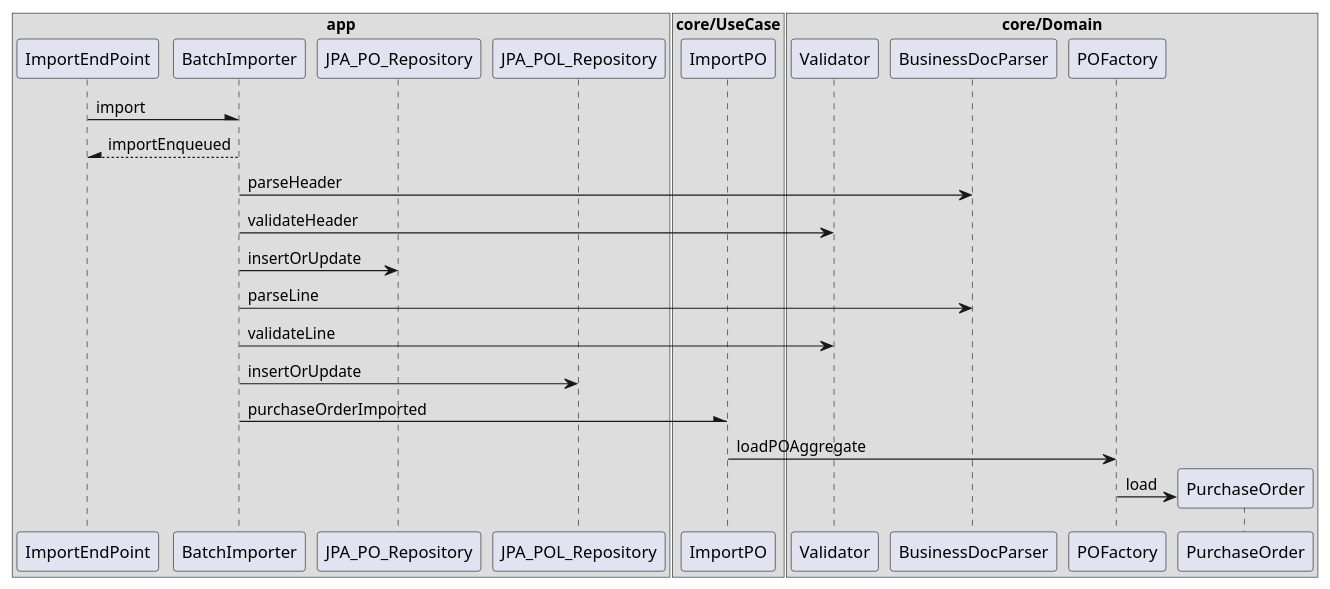
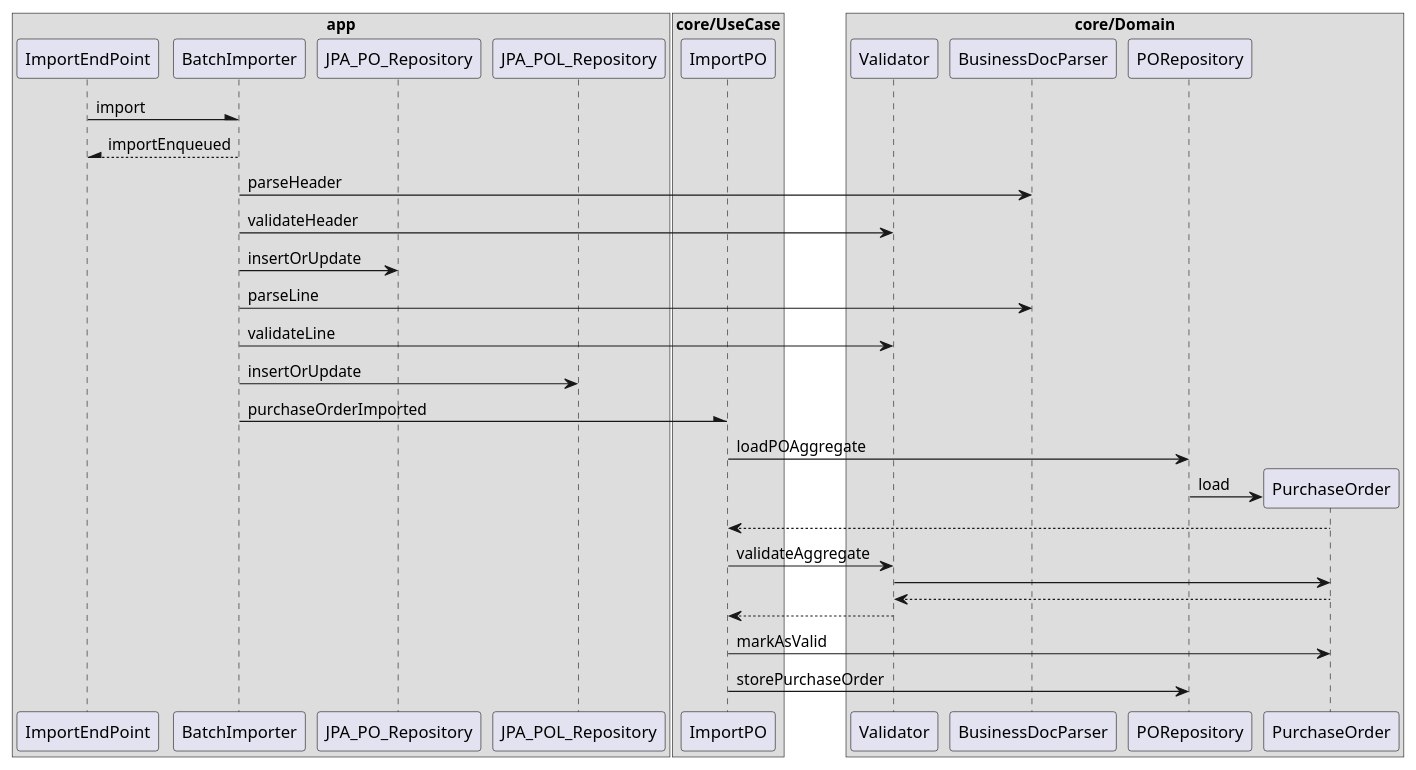
Before and after one commit to karbonfw/purchaseorderdoc: the diagram in diagrams/import_po/import_po_business_parser.puml, drawn with PlantUML.

Commit message:
Complete sequence

```diff
--- a/diagrams/import_po/import_po_business_parser.puml
+++ b/diagrams/import_po/import_po_business_parser.puml
@@ -1,29 +1,36 @@
 @startuml
 box "app"
   participant ImportEndPoint
   participant BatchImporter
   participant JPA_PO_Repository
   participant JPA_POL_Repository
 end box
 box "core/UseCase"
   participant ImportPO
 end box
 box "core/Domain"
   participant Validator
   participant BusinessDocParser
-  participant POFactory
+  participant PORepository
   participant PurchaseOrder
 end box
 
 ImportEndPoint -\ BatchImporter: import
 BatchImporter --\ ImportEndPoint: importEnqueued
 BatchImporter -> BusinessDocParser: parseHeader
 BatchImporter -> Validator: validateHeader
 BatchImporter -> JPA_PO_Repository: insertOrUpdate
 BatchImporter -> BusinessDocParser: parseLine
 BatchImporter -> Validator: validateLine
 BatchImporter -> JPA_POL_Repository: insertOrUpdate
 BatchImporter -\ ImportPO: purchaseOrderImported
-ImportPO -> POFactory: loadPOAggregate
-POFactory -> PurchaseOrder ** : load
+ImportPO -> PORepository: loadPOAggregate
+PORepository -> PurchaseOrder ** : load
+PurchaseOrder --> ImportPO
+ImportPO -> Validator: validateAggregate
+Validator -> PurchaseOrder
+PurchaseOrder --> Validator
+Validator --> ImportPO
+ImportPO -> PurchaseOrder: markAsValid
+ImportPO -> PORepository: storePurchaseOrder
 @enduml
```
